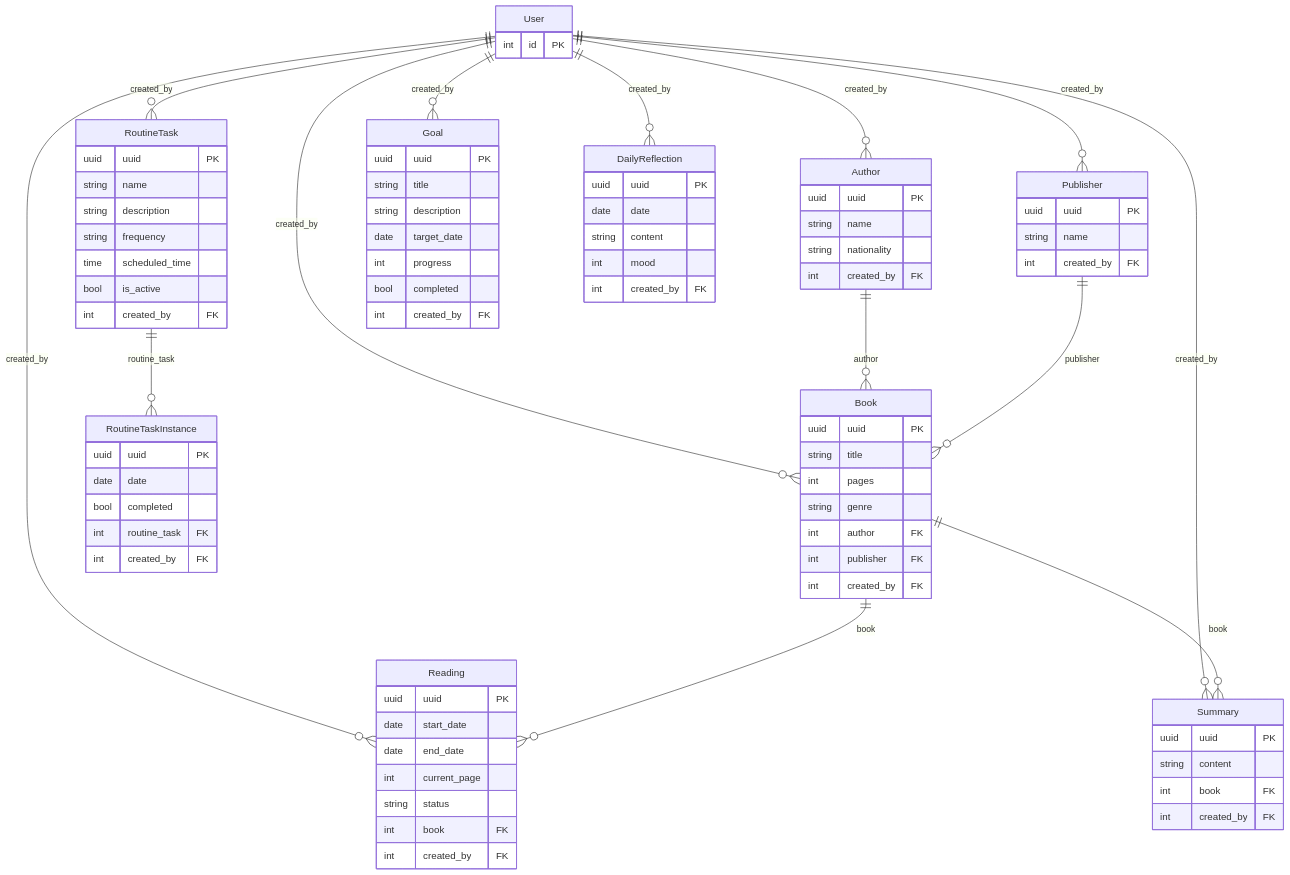
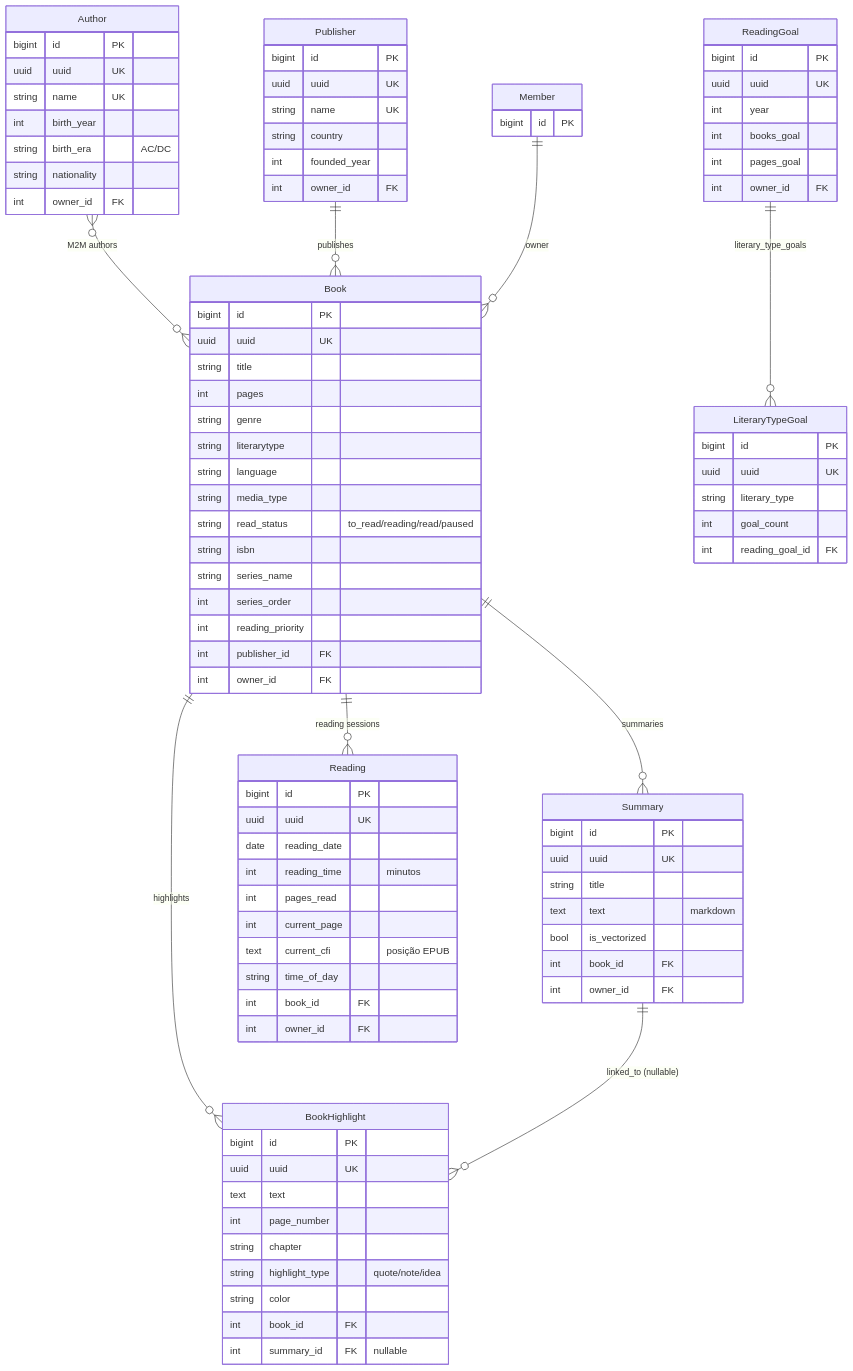
The tenth of 24 diagrams in documentation/architecture/diagrams.md (tarcisioribeiro/Axiom), drawn with Mermaid before and after one commit. The commit also changed other lines of this file and 5 other files, not shown here.

Commit message:
docs: updated diagrams

````diff
--- a/documentation/architecture/diagrams.md
+++ b/documentation/architecture/diagrams.md
@@ -396,96 +847,104 @@
 ```mermaid
 erDiagram
-    User {
-        int id PK
+    Member {
+        bigint id PK
     }
 
     Author {
-        uuid uuid PK
-        string name
+        bigint id PK
+        uuid uuid UK
+        string name UK
+        int birth_year
+        string birth_era "AC/DC"
         string nationality
-        int created_by FK
+        int owner_id FK
     }
 
     Publisher {
-        uuid uuid PK
-        string name
-        int created_by FK
+        bigint id PK
+        uuid uuid UK
+        string name UK
+        string country
+        int founded_year
+        int owner_id FK
     }
 
     Book {
-        uuid uuid PK
+        bigint id PK
+        uuid uuid UK
         string title
         int pages
         string genre
-        int author FK
-        int publisher FK
-        int created_by FK
+        string literarytype
+        string language
+        string media_type
+        string read_status "to_read/reading/read/paused"
+        string isbn
+        string series_name
+        int series_order
+        int reading_priority
+        int publisher_id FK
+        int owner_id FK
+    }
+
+    Summary {
+        bigint id PK
+        uuid uuid UK
+        string title
+        text text "markdown"
+        bool is_vectorized
+        int book_id FK
+        int owner_id FK
     }
 
     Reading {
-        uuid uuid PK
-        date start_date
-        date end_date
+        bigint id PK
+        uuid uuid UK
+        date reading_date
+        int reading_time "minutos"
+        int pages_read
         int current_page
-        string status
-        int book FK
-        int created_by FK
+        text current_cfi "posição EPUB"
+        string time_of_day
+        int book_id FK
+        int owner_id FK
     }
 
-    Summary {
-        uuid uuid PK
-        string content
-        int book FK
-        int created_by FK
+    ReadingGoal {
+        bigint id PK
+        uuid uuid UK
+        int year
+        int books_goal
+        int pages_goal
+        int owner_id FK
     }
 
-    RoutineTask {
-        uuid uuid PK
-        string name
-        string description
-        string frequency
-        time scheduled_time
-        bool is_active
-        int created_by FK
+    LiteraryTypeGoal {
+        bigint id PK
+        uuid uuid UK
+        string literary_type
+        int goal_count
+        int reading_goal_id FK
     }
 
-    RoutineTaskInstance {
-        uuid uuid PK
-        date date
-        bool completed
-        int routine_task FK
-        int created_by FK
+    BookHighlight {
+        bigint id PK
+        uuid uuid UK
+        text text
+        int page_number
+        string chapter
+        string highlight_type "quote/note/idea"
+        string color
+        int book_id FK
+        int summary_id FK "nullable"
     }
 
-    Goal {
-        uuid uuid PK
-        string title
-        string description
-        date target_date
-        int progress
-        bool completed
-        int created_by FK
-    }
-
-    DailyReflection {
-        uuid uuid PK
-        date date
-        string content
-        int mood
-        int created_by FK
-    }
-
-    User ||--o{ Author : "created_by"
-    User ||--o{ Publisher : "created_by"
-    User ||--o{ Book : "created_by"
-    User ||--o{ Reading : "created_by"
-    User ||--o{ Summary : "created_by"
-    User ||--o{ RoutineTask : "created_by"
-    User ||--o{ Goal : "created_by"
-    User ||--o{ DailyReflection : "created_by"
-    Author ||--o{ Book : "author"
-    Publisher ||--o{ Book : "publisher"
-    Book ||--o{ Reading : "book"
-    Book ||--o{ Summary : "book"
-    RoutineTask ||--o{ RoutineTaskInstance : "routine_task"
+    Author }o--o{ Book : "M2M authors"
+    Publisher ||--o{ Book : "publishes"
+    Book ||--o{ Summary : "summaries"
+    Book ||--o{ Reading : "reading sessions"
+    Book ||--o{ BookHighlight : "highlights"
+    Summary ||--o{ BookHighlight : "linked_to (nullable)"
+    ReadingGoal ||--o{ LiteraryTypeGoal : "literary_type_goals"
+    Member ||--o{ Book : owner
 ```
````
